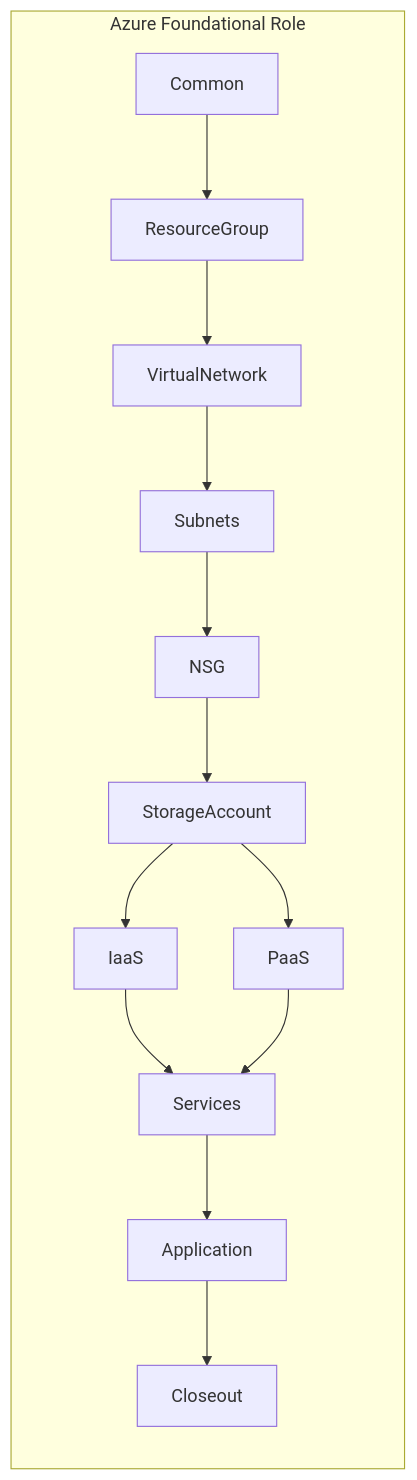
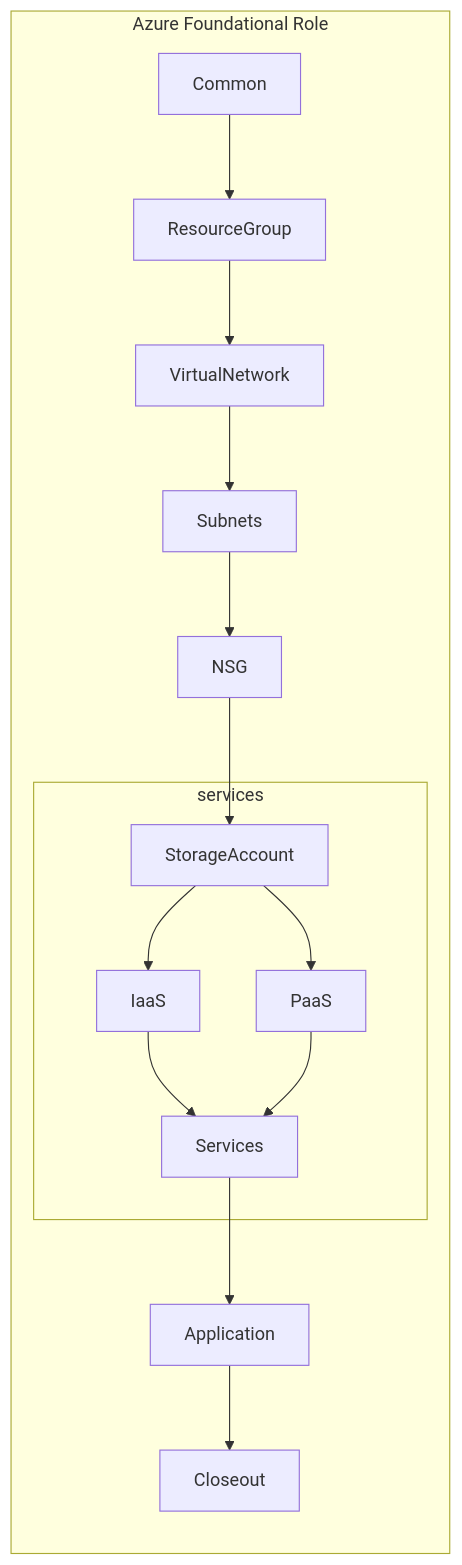
Before and after one commit to slagathor34/awx-lab: the diagram in azure-BlueShift/README.md, drawn with Mermaid.

Commit message:
Update graphic

````diff
--- a/azure-BlueShift/README.md
+++ b/azure-BlueShift/README.md
@@ -5,16 +5,18 @@
 ```mermaid
 graph LR
   subgraph "Azure Foundational Role"
   Node0[Common] --> Node1[ResourceGroup];
   Node1[ResourceGroup] --> Node2[VirtualNetwork];
   Node2[VirtualNetwork] --> Node3[Subnets];
   Node3[Subnets] --> Node4[NSG];
   Node4[NSG] --> Node5[StorageAccount];
+  subgraph services;
   Node5[StorageAccount] --> Node6[IaaS];
   Node5[StorageAccount] --> Node7[PaaS];
   Node6[IaaS] --> Node8[Services];
   Node7[PaaS] --> Node8[Services];
+  end;
   Node8[Services] --> Node9[Application];
   Node9[Application] --> Node10[Closeout];
 end
 ```
````
